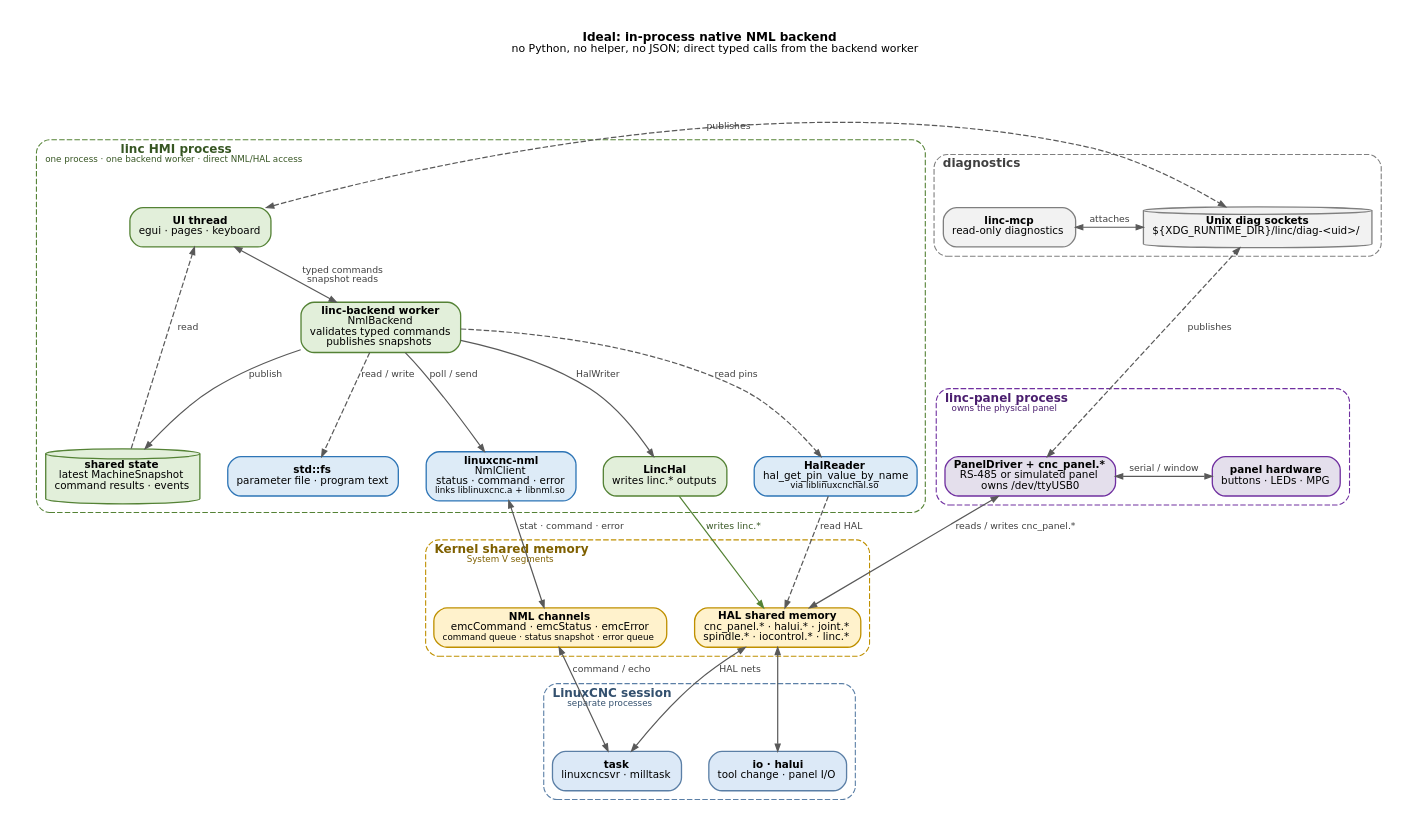
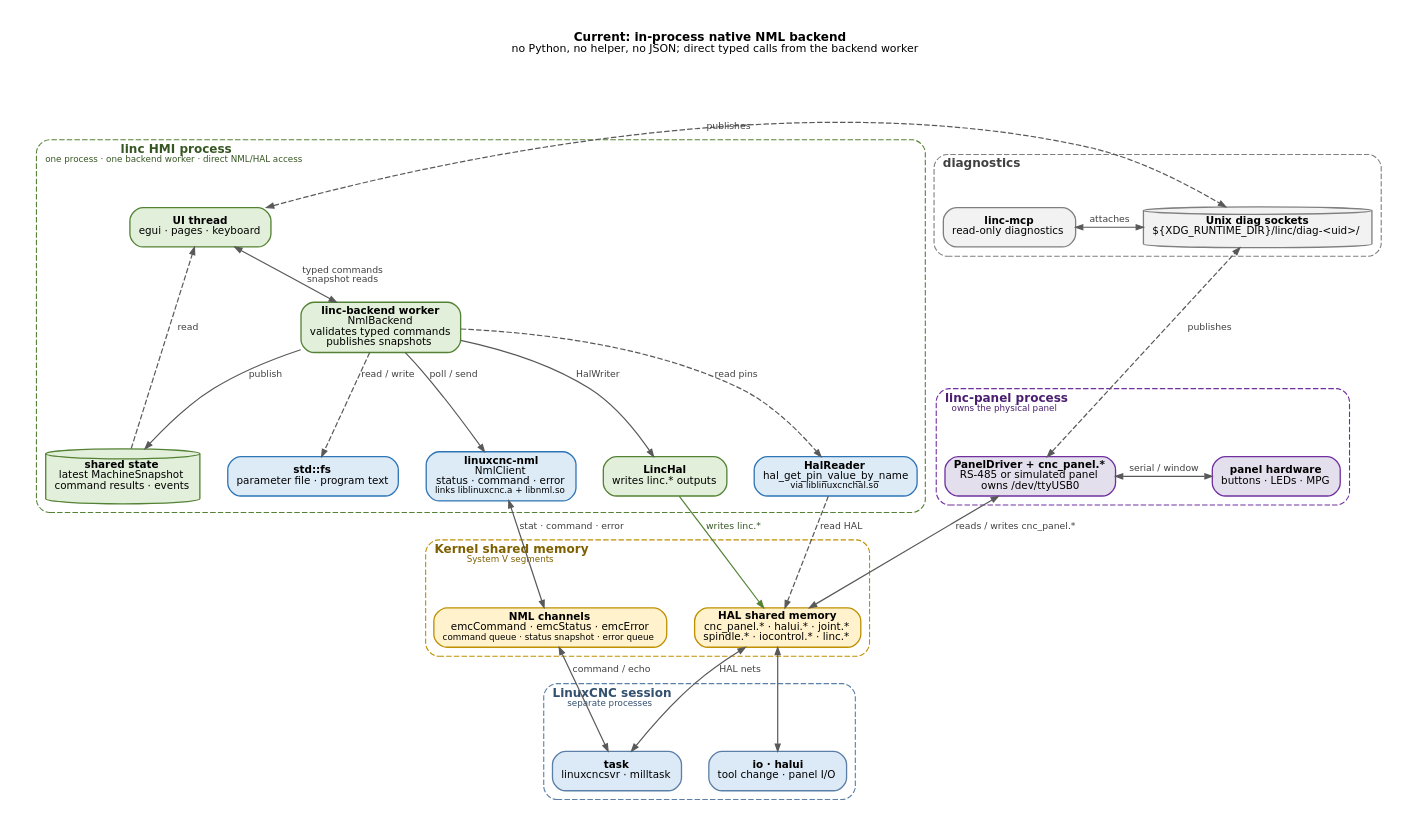
One commit to LiNC-CNC/LiNC changed the diagram in docs/diagrams/ideal-inprocess-architecture.dot. Above: the diagram before and after it, drawn with Graphviz. The commit also changed 11 other files, not shown here.

First line of the commit message:
docs: describe the in-process NML backend

```diff
--- a/docs/diagrams/ideal-inprocess-architecture.dot
+++ b/docs/diagrams/ideal-inprocess-architecture.dot
@@ -1,134 +1,134 @@
 digraph ideal_inprocess {
   graph [
     rankdir=TB,
     newrank=true,
     compound=true,
     splines=spline,
     nodesep=0.35,
     ranksep=0.45,
     pad=0.25,
     bgcolor="white",
     fontname="DejaVu Sans",
     fontsize=11,
     labelloc=t,
-    label=<<B>Ideal: in-process native NML backend</B><BR/><FONT POINT-SIZE="10">no Python, no helper, no JSON; direct typed calls from the backend worker</FONT>>
+    label=<<B>Current: in-process native NML backend</B><BR/><FONT POINT-SIZE="10">no Python, no helper, no JSON; direct typed calls from the backend worker</FONT>>
   ];
 
   node [
     shape=box,
     style="rounded,filled",
     fontname="DejaVu Sans",
     fontsize=9.5,
     margin="0.11,0.06",
     penwidth=1.2,
     color="#666666",
     fillcolor="#FFFFFF"
   ];
   edge [
     fontname="DejaVu Sans",
     fontsize=8.5,
     color="#595959",
     fontcolor="#404040",
     arrowsize=0.65,
     penwidth=1.1
   ];
 
   subgraph cluster_linc {
     label=<<B>linc HMI process</B><BR/><FONT POINT-SIZE="8.5">one process · one backend worker · direct NML/HAL access</FONT>>;
     labeljust=l;
     style="rounded,dashed";
     color="#548235";
     fontcolor="#375623";
 
     ui     [label=<<B>UI thread</B><BR/>egui · pages · keyboard>, fillcolor="#E2EFDA", color="#548235"];
     worker [label=<<B>linc-backend worker</B><BR/>NmlBackend<BR/>validates typed commands<BR/>publishes snapshots>, fillcolor="#E2EFDA", color="#548235"];
     state  [label=<<B>shared state</B><BR/>latest MachineSnapshot<BR/>command results · events>, shape=cylinder, fillcolor="#E2EFDA", color="#548235"];
     lhal   [label=<<B>LincHal</B><BR/>writes linc.* outputs>, fillcolor="#E2EFDA", color="#548235"];
 
     nmlc   [label=<<B>linuxcnc-nml</B><BR/>NmlClient<BR/>status · command · error<BR/><FONT POINT-SIZE="8">links liblinuxcnc.a + libnml.so</FONT>>, fillcolor="#DDEBF7", color="#2E75B6"];
     halr   [label=<<B>HalReader</B><BR/>hal_get_pin_value_by_name<BR/><FONT POINT-SIZE="8">via liblinuxcnchal.so</FONT>>, fillcolor="#DDEBF7", color="#2E75B6"];
     files  [label=<<B>std::fs</B><BR/>parameter file · program text>, fillcolor="#DDEBF7", color="#2E75B6"];
 
     { rank=same; nmlc; halr; files; lhal; state; }
   }
 
   subgraph cluster_panel {
     label=<<B>linc-panel process</B><BR/><FONT POINT-SIZE="8.5">owns the physical panel</FONT>>;
     labeljust=l;
     style="rounded,dashed";
     color="#7030A0";
     fontcolor="#4B1F6F";
 
     panel [label=<<B>PanelDriver + cnc_panel.*</B><BR/>RS-485 or simulated panel<BR/>owns /dev/ttyUSB0>, fillcolor="#E4DFEC", color="#7030A0"];
     ser   [label=<<B>panel hardware</B><BR/>buttons · LEDs · MPG>, fillcolor="#E4DFEC", color="#7030A0"];
 
     { rank=same; panel; ser; }
   }
 
   subgraph cluster_mem {
     label=<<B>Kernel shared memory</B><BR/><FONT POINT-SIZE="8.5">System V segments</FONT>>;
     labeljust=l;
     style="rounded,dashed";
     color="#BF9000";
     fontcolor="#7F6000";
 
     nml [label=<<B>NML channels</B><BR/>emcCommand · emcStatus · emcError<BR/><FONT POINT-SIZE="8">command queue · status snapshot · error queue</FONT>>, fillcolor="#FFF2CC", color="#BF9000"];
     hal [label=<<B>HAL shared memory</B><BR/>cnc_panel.* · halui.* · joint.*<BR/>spindle.* · iocontrol.* · linc.*>, fillcolor="#FFF2CC", color="#BF9000"];
 
     { rank=same; nml; hal; }
   }
 
   subgraph cluster_cnc {
     label=<<B>LinuxCNC session</B><BR/><FONT POINT-SIZE="8.5">separate processes</FONT>>;
     labeljust=l;
     style="rounded,dashed";
     color="#5B7FA6";
     fontcolor="#33506E";
 
     task [label=<<B>task</B><BR/>linuxcncsvr · milltask>, fillcolor="#DCE9F7", color="#5B7FA6"];
     io   [label=<<B>io · halui</B><BR/>tool change · panel I/O>, fillcolor="#DCE9F7", color="#5B7FA6"];
 
     { rank=same; task; io; }
   }
 
   subgraph cluster_diag {
     label=<<B>diagnostics</B>>;
     labeljust=l;
     style="rounded,dashed";
     color="#7F7F7F";
     fontcolor="#404040";
 
     diag [label=<<B>Unix diag sockets</B><BR/>${XDG_RUNTIME_DIR}/linc/diag-&lt;uid&gt;/>, shape=cylinder, fillcolor="#F2F2F2", color="#7F7F7F"];
     mcp  [label=<<B>linc-mcp</B><BR/>read-only diagnostics>, fillcolor="#F2F2F2", color="#7F7F7F"];
 
     { rank=same; diag; mcp; }
   }
 
   // HMI: commands and snapshots
   ui -> worker [dir=both, label="typed commands\nsnapshot reads"];
   worker -> state [label="publish"];
   state -> ui [label="read", style=dashed];
   worker -> lhal [label="HalWriter"];
 
   // Direct native access from the backend worker
   worker -> nmlc [label="poll / send"];
   worker -> halr [label="read pins", style=dashed];
   worker -> files [label="read / write", style=dashed];
   nmlc -> nml [dir=both, label="stat · command · error"];
   halr -> hal [label="read HAL", style=dashed];
   lhal -> hal [label="writes linc.*", color="#548235", fontcolor="#375623"];
 
   // Panel
   panel -> hal [dir=both, label="reads / writes cnc_panel.*"];
   panel -> ser [dir=both, label="serial / window"];
 
   // LinuxCNC core
   nml -> task [dir=both, label="command / echo"];
   hal -> task [dir=both, label="HAL nets"];
   hal -> io [dir=both];
 
   // Diagnostics
   ui -> diag [dir=both, style=dashed, label="publishes", constraint=false];
   panel -> diag [dir=both, style=dashed, label="publishes", constraint=false];
   mcp -> diag [dir=both, label="attaches"];
 }
```
